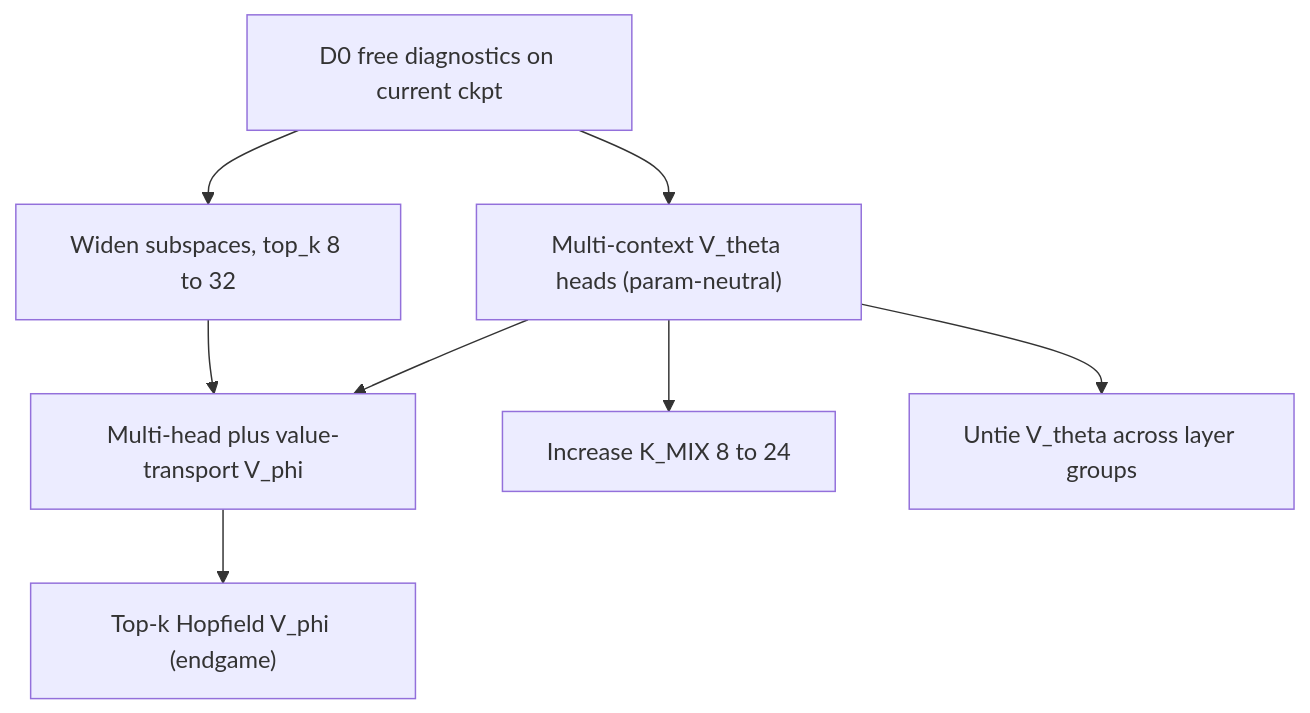
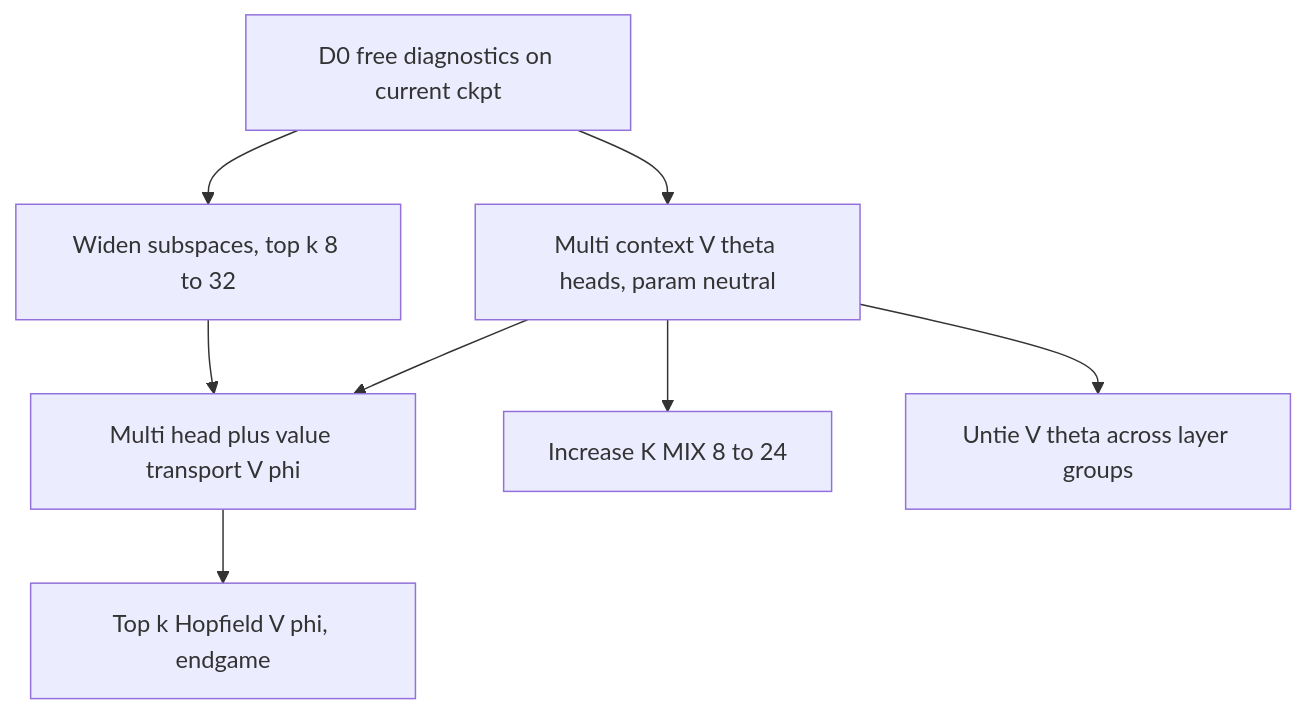
Before and after one commit to dimitarpg13/semsimula-paper: the second of 6 diagrams in companion_notes/Fock-PARFLM_vs_GPT-2_on_OpenWebText_Next_Steps.md, drawn with Mermaid. The commit also changed other lines of this file and 2 other files, not shown here.

Commit message:
the quad experiment set: 1) Fock v2.1-PARFLM with V_theta depth cond, 2) channel-xi-based conservative attention impl in PARFLM, 3) non-conservative Fock-attention in PARFLM, 4) vanilla PARFLM with structured V_theta and V_phi and depth conditioning of V_theta

````diff
--- a/companion_notes/Fock-PARFLM_vs_GPT-2_on_OpenWebText_Next_Steps.md
+++ b/companion_notes/Fock-PARFLM_vs_GPT-2_on_OpenWebText_Next_Steps.md
@@ -767,18 +770,18 @@
 ```mermaid
 flowchart TB
     D0["D0 free diagnostics on current ckpt"]
-    MC["Multi-context V_theta heads (param-neutral)"]
-    MH["Multi-head plus value-transport V_phi"]
-    TK["Widen subspaces, top_k 8 to 32"]
-    HOP["Top-k Hopfield V_phi (endgame)"]
-    K["Increase K_MIX 8 to 24"]
-    UT["Untie V_theta across layer groups"]
+    MC["Multi context V theta heads, param neutral"]
+    MH["Multi head plus value transport V phi"]
+    TK["Widen subspaces, top k 8 to 32"]
+    HOP["Top k Hopfield V phi, endgame"]
+    K["Increase K MIX 8 to 24"]
+    UT["Untie V theta across layer groups"]
 
     D0 --> MC
     D0 --> TK
     MC --> MH
     TK --> MH
     MH --> HOP
     MC --> K
     MC --> UT
 ```
````
